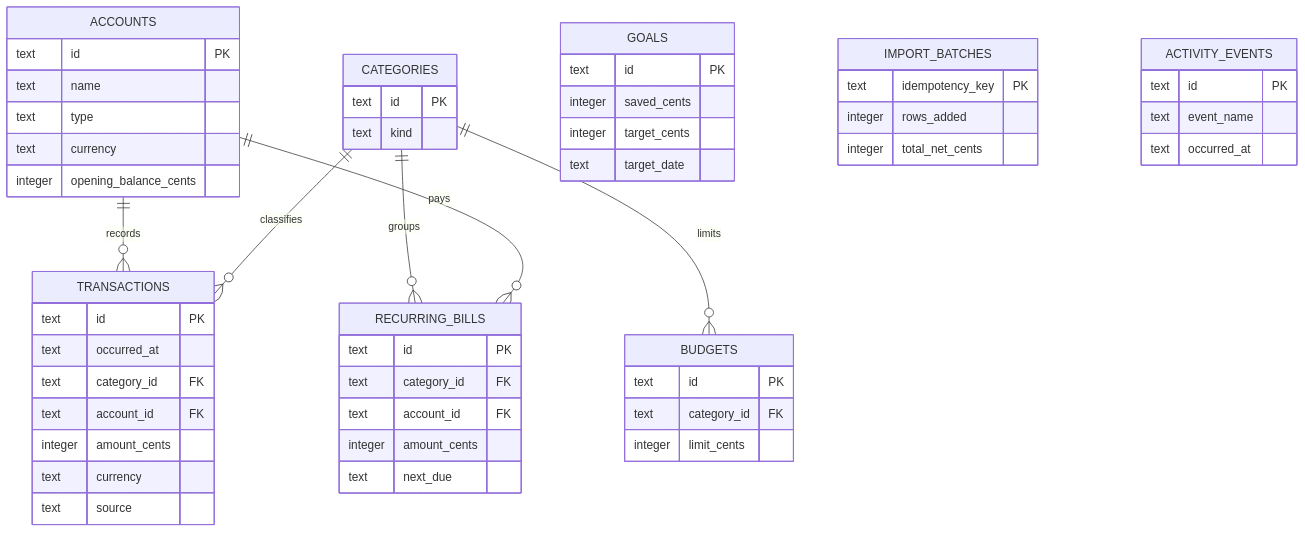
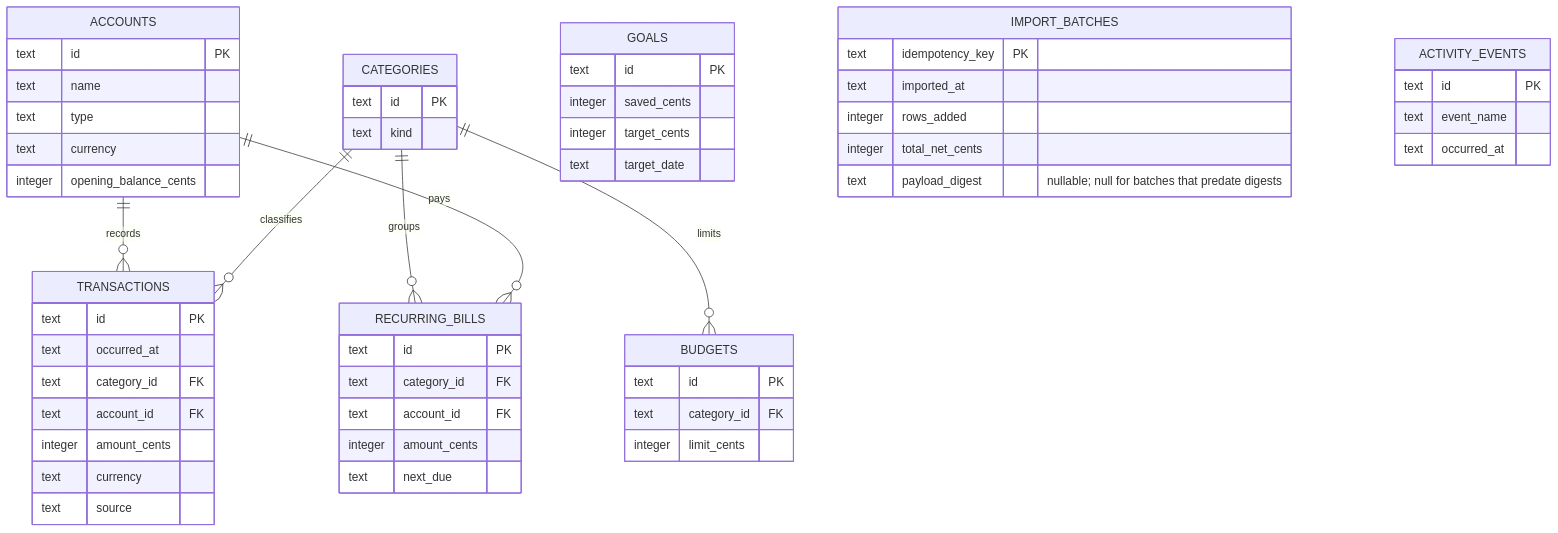
One commit to gopichand-retail-apps/wealthtrack-backend changed diagram 14 of 14 in docs/architecture.md. Above: the diagram before and after it, drawn with Mermaid. The commit also changed other lines of this file and 12 other files, not shown here.

````diff
--- a/docs/architecture.md
+++ b/docs/architecture.md
@@ -283,56 +284,58 @@
 ```mermaid
 erDiagram
   ACCOUNTS ||--o{ TRANSACTIONS : records
   CATEGORIES ||--o{ TRANSACTIONS : classifies
   CATEGORIES ||--o{ BUDGETS : limits
   CATEGORIES ||--o{ RECURRING_BILLS : groups
   ACCOUNTS ||--o{ RECURRING_BILLS : pays
   ACCOUNTS {
     text id PK
     text name
     text type
     text currency
     integer opening_balance_cents
   }
   CATEGORIES {
     text id PK
     text kind
   }
   TRANSACTIONS {
     text id PK
     text occurred_at
     text category_id FK
     text account_id FK
     integer amount_cents
     text currency
     text source
   }
   BUDGETS {
     text id PK
     text category_id FK
     integer limit_cents
   }
   GOALS {
     text id PK
     integer saved_cents
     integer target_cents
     text target_date
   }
   RECURRING_BILLS {
     text id PK
     text category_id FK
     text account_id FK
     integer amount_cents
     text next_due
   }
   IMPORT_BATCHES {
     text idempotency_key PK
+    text imported_at
     integer rows_added
     integer total_net_cents
+    text payload_digest "nullable; null for batches that predate digests"
   }
   ACTIVITY_EVENTS {
     text id PK
     text event_name
     text occurred_at
   }
 ```
````
